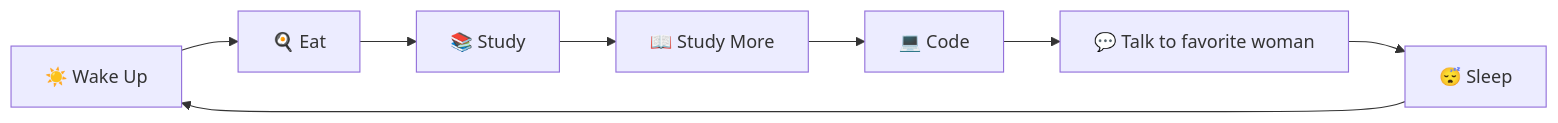
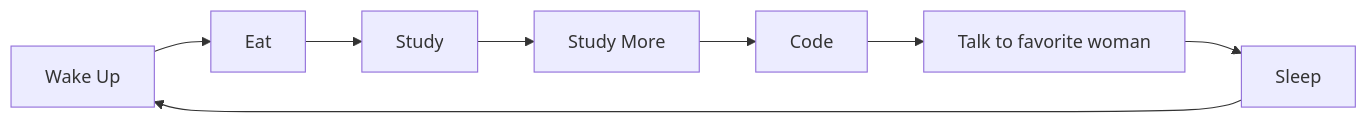
Before and after one commit to shelleyloosespatience/shelleyloosespatience: the diagram in README.md, drawn with Mermaid. The commit also changed other lines of this file, not shown here.

````diff
--- a/README.md
+++ b/README.md
@@ -132,10 +120,10 @@
 ```mermaid
 graph LR
-    A[☀️ Wake Up] --> B[🍳 Eat]
-    B --> C[📚 Study]
-    C --> D[📖 Study More]
-    D --> E[💻 Code]
-    E --> F[💬 Talk to favorite woman]
-    F --> G[😴 Sleep]
+    A[Wake Up] --> B[Eat]
+    B --> C[Study]
+    C --> D[Study More]
+    D --> E[Code]
+    E --> F[Talk to favorite woman]
+    F --> G[Sleep]
     G --> A
 ```
````
